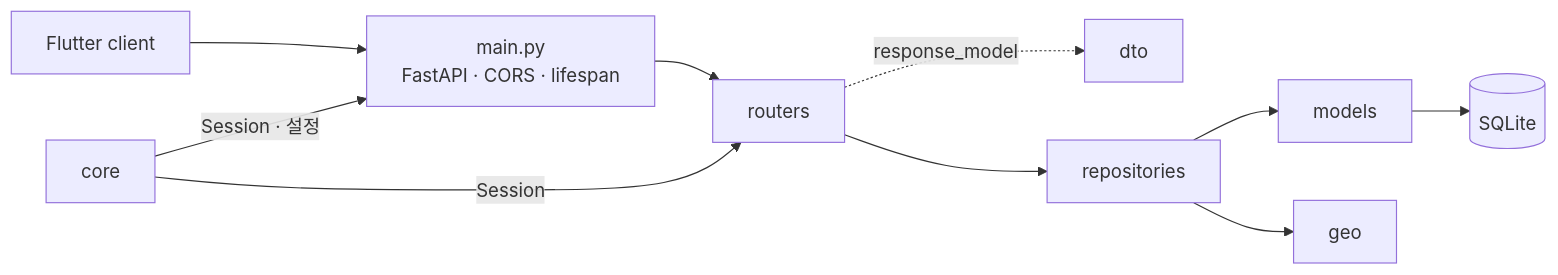
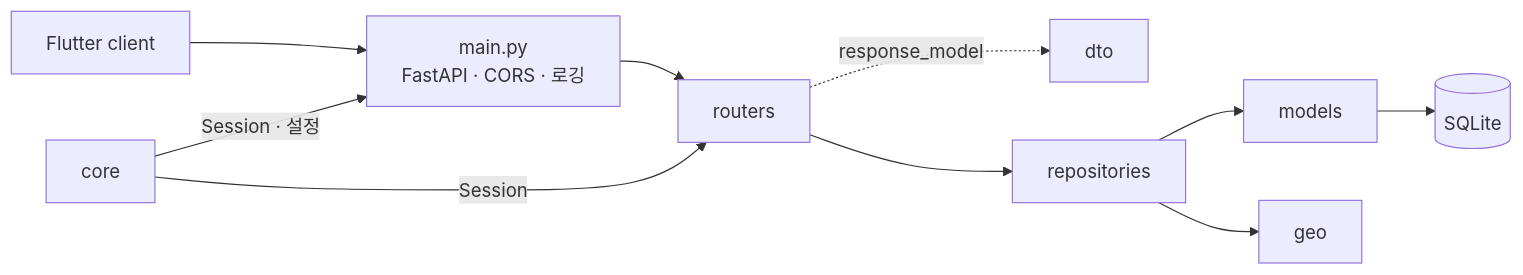
Before and after one commit to Routex-labs/Navigation: the diagram in backend/app/README.md, drawn with Mermaid. The commit also changed other lines of this file and 8 other files, not shown here.

````diff
--- a/backend/app/README.md
+++ b/backend/app/README.md
@@ -20,20 +20,20 @@
 ```mermaid
 flowchart LR
     CLIENT["Flutter client"]
-    MAIN["main.py<br/>FastAPI · CORS · lifespan"]
+    MAIN["main.py<br/>FastAPI · CORS · 로깅"]
     ROUTER["routers"]
     DTO["dto"]
     REPO["repositories"]
     MODEL["models"]
     GEO["geo"]
     CORE["core"]
     DB[("SQLite")]
 
     CLIENT --> MAIN --> ROUTER
     ROUTER --> REPO
     ROUTER -. "response_model" .-> DTO
     REPO --> MODEL --> DB
     REPO --> GEO
     CORE -->|"Session · 설정"| MAIN
     CORE -->|"Session"| ROUTER
 ```
````
